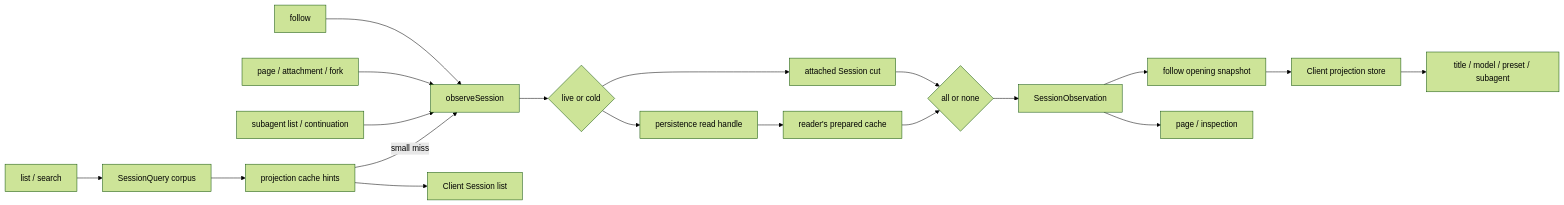
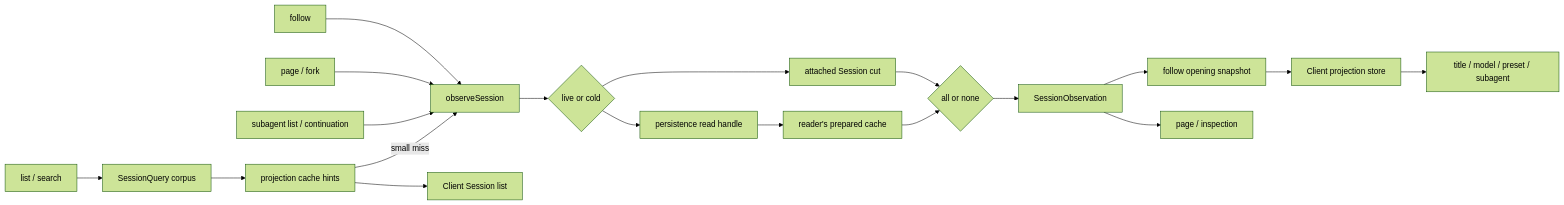
One commit to hyperion2144/dsh-desktop-plus changed the diagram in upstream/.agents/notes/implemented/architecture/2026-08-25-session-observations-and-projection-owned-client-state.md. Above: the diagram before and after it, drawn with Mermaid (forest theme). The commit also changed other lines of this file and 7696 other files, not shown here.

````diff
--- a/upstream/.agents/notes/implemented/architecture/2026-08-25-session-observations-and-projection-owned-client-state.md
+++ b/upstream/.agents/notes/implemented/architecture/2026-08-25-session-observations-and-projection-owned-client-state.md
@@ -23,21 +23,21 @@
 ```mermaid
 flowchart LR
   List["list / search"] --> Corpus["SessionQuery corpus"]
   Follow["follow"] --> Observe["observeSession"]
-  Page["page / attachment / fork"] --> Observe
+  Page["page / fork"] --> Observe
   Subagent["subagent list / continuation"] --> Observe
   Corpus --> Cache["projection cache hints"]
   Cache --> ClientList["Client Session list"]
   Cache -->|"small miss"| Observe
   Observe --> Source{"live or cold"}
   Source --> Live["attached Session cut"]
   Source --> Borrow["persistence read handle"]
   Borrow --> Prepared["reader's prepared cache"]
   Live --> Mode{"all or none"}
   Prepared --> Mode
   Mode --> Snapshot["SessionObservation"]
   Snapshot --> Opening["follow opening snapshot"]
   Snapshot --> Read["page / inspection"]
   Opening --> Store["Client projection store"]
   Store --> Domain["title / model / preset / subagent"]
 ```
````
